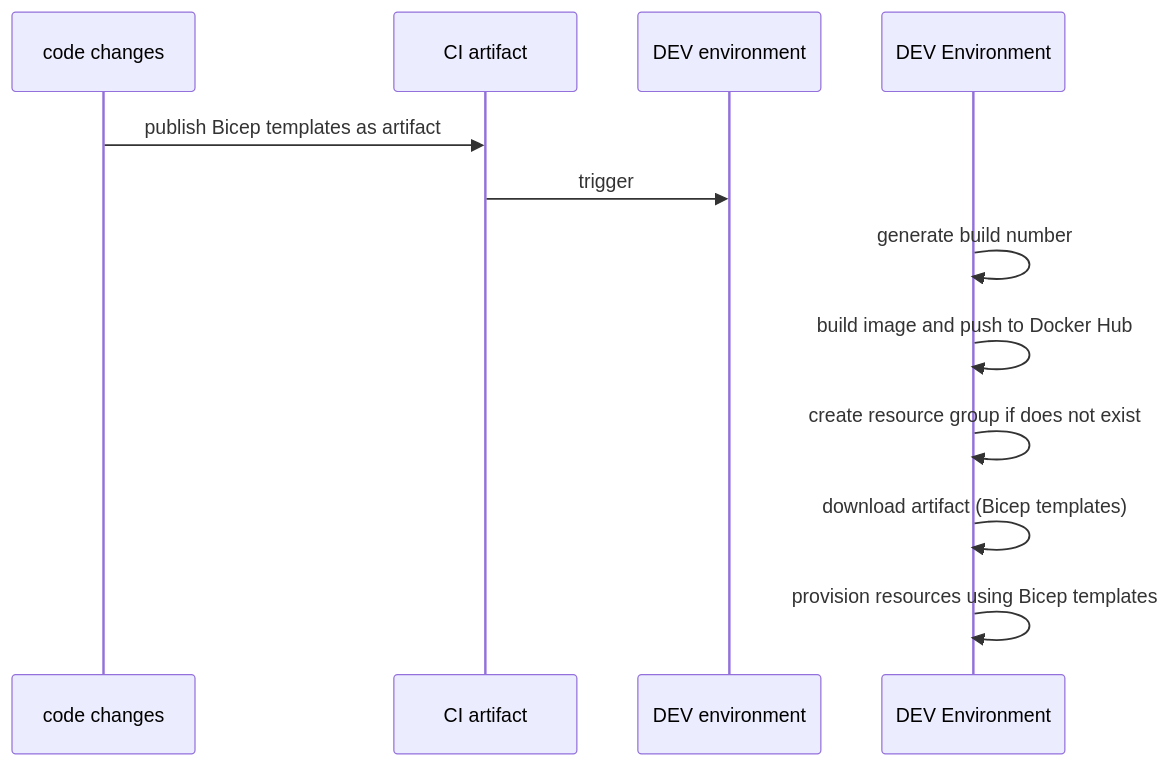
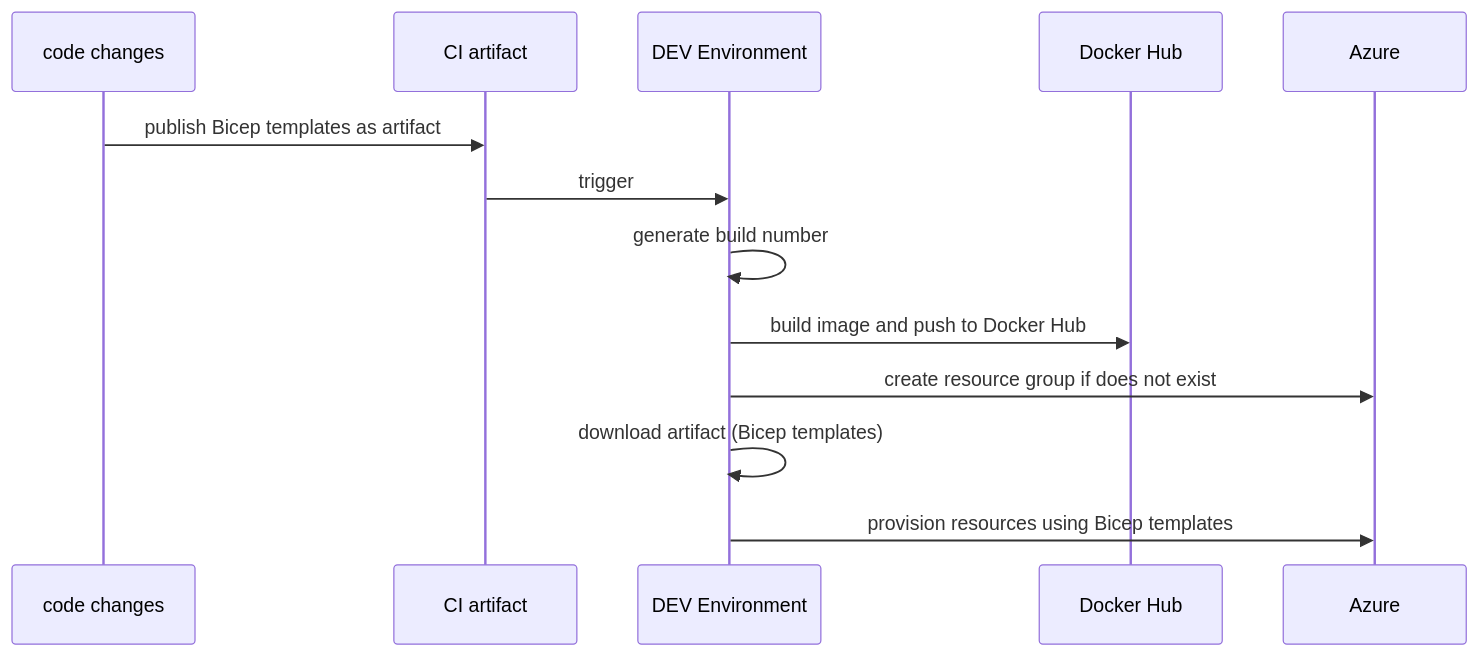
One commit to Cheranga/Demo.Aci.DbMigrations changed the diagram in README.md. Above: the diagram before and after it, drawn with Mermaid. The commit also changed other lines of this file and 5 other files, not shown here.

````diff
--- a/README.md
+++ b/README.md
@@ -171,11 +171,11 @@
 ```mermaid
 sequenceDiagram
   code changes->>CI artifact: publish Bicep templates as artifact
-  CI artifact->>DEV environment: trigger
+  CI artifact->>DEV Environment: trigger
   DEV Environment->>DEV Environment: generate build number
-  DEV Environment->>DEV Environment: build image and push to Docker Hub
-  DEV Environment->>DEV Environment: create resource group if does not exist
+  DEV Environment->>Docker Hub: build image and push to Docker Hub
+  DEV Environment->>Azure: create resource group if does not exist
   DEV Environment->>DEV Environment: download artifact (Bicep templates)
-  DEV Environment->>DEV Environment: provision resources using Bicep templates
+  DEV Environment->>Azure: provision resources using Bicep templates
     
 ```
````
